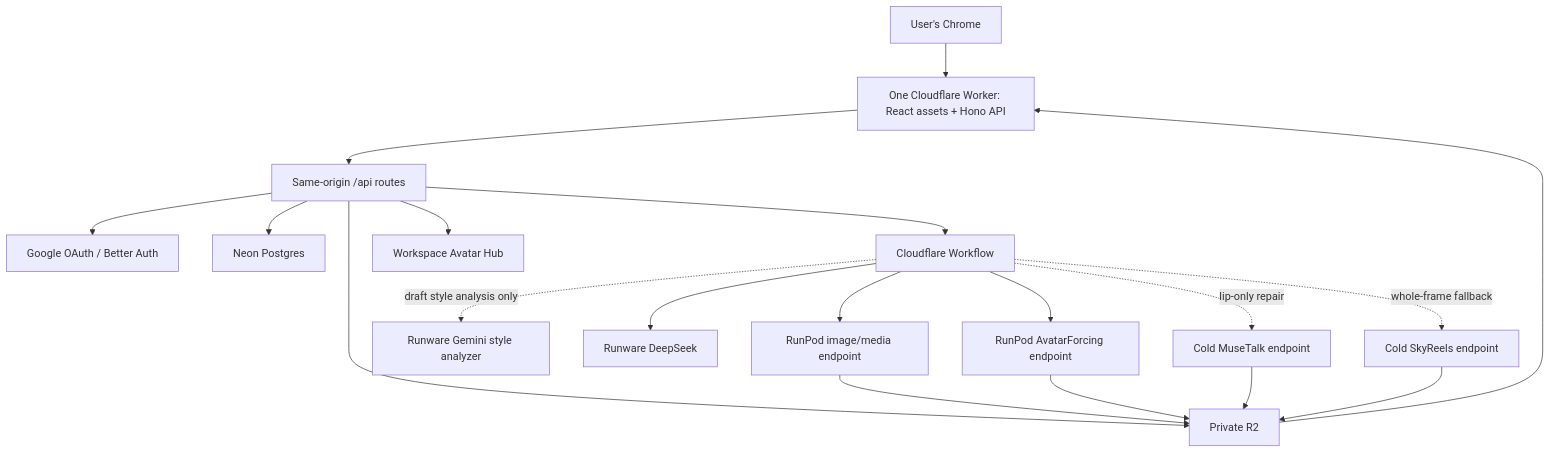
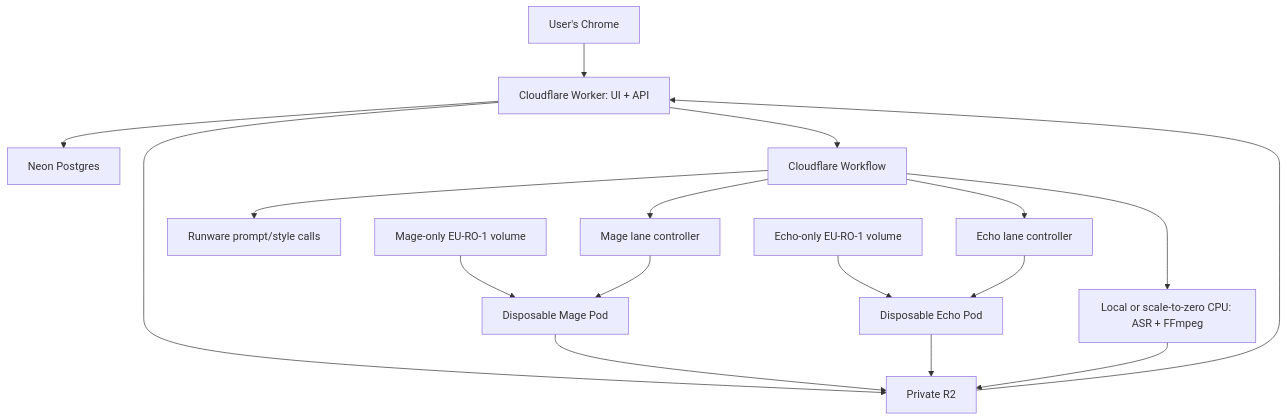
The diagram in project-context/06_SYSTEM_ARCHITECTURE.md (Pala-LakshmanSai/videoforge), drawn with Mermaid before and after one commit. The commit also changed other lines of this file and 32 other files, not shown here.

Commit message:
reset persistent model lane architecture

````diff
--- a/project-context/06_SYSTEM_ARCHITECTURE.md
+++ b/project-context/06_SYSTEM_ARCHITECTURE.md
@@ -43,21 +44,16 @@
 ```mermaid
 flowchart TB
-    B["User's Chrome"] --> APP["One Cloudflare Worker: React assets + Hono API"]
-    APP --> API["Same-origin /api routes"]
-    API --> AUTH["Google OAuth / Better Auth"]
-    API --> PG["Neon Postgres"]
-    API --> R2["Private R2"]
-    API --> AH["Workspace Avatar Hub"]
-    API --> WF["Cloudflare Workflow"]
-    WF -. "draft style analysis only" .-> GS["Runware Gemini style analyzer"]
-    WF --> RW["Runware DeepSeek"]
-    WF --> MAGE["RunPod image/media endpoint"]
-    WF --> AV["RunPod AvatarForcing endpoint"]
-    WF -. "lip-only repair" .-> MT["Cold MuseTalk endpoint"]
-    WF -. "whole-frame fallback" .-> SR["Cold SkyReels endpoint"]
-    MAGE --> R2
-    AV --> R2
-    MT --> R2
-    SR --> R2
+    B["User's Chrome"] --> APP["Cloudflare Worker: UI + API"]
+    APP --> PG["Neon Postgres"]
+    APP --> R2["Private R2"]
+    APP --> WF["Cloudflare Workflow"]
+    WF --> RW["Runware prompt/style calls"]
+    WF --> MC["Mage lane controller"] --> MP["Disposable Mage Pod"]
+    MV["Mage-only EU-RO-1 volume"] --> MP
+    WF --> EC["Echo lane controller"] --> EP["Disposable Echo Pod"]
+    EV["Echo-only EU-RO-1 volume"] --> EP
+    MP --> R2
+    EP --> R2
+    WF --> CPU["Local or scale-to-zero CPU: ASR + FFmpeg"] --> R2
     R2 --> APP
 ```
````
